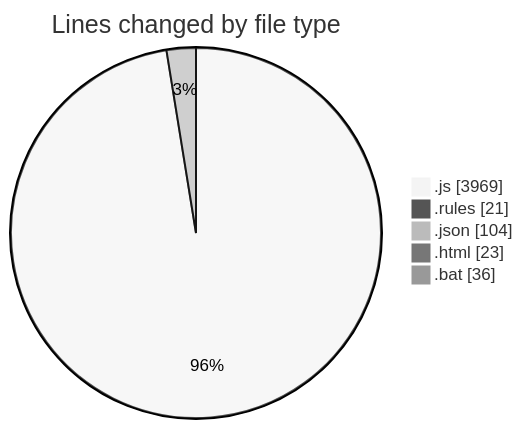
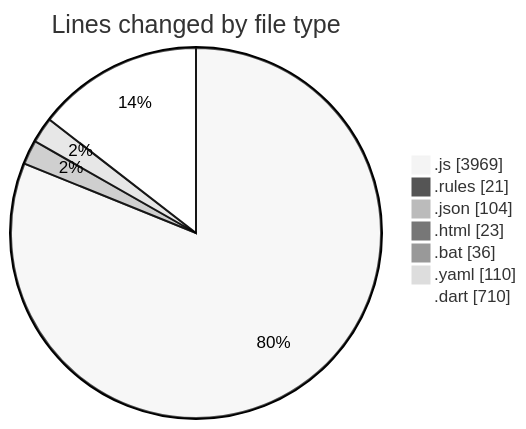
The first of 2 diagrams in 2025-09-01/20m/README.md (lephambinh05/code-tracking), drawn with Mermaid (neutral theme) before and after one commit. The commit also changed other lines of this file and 1 other file, not shown here.

````diff
--- a/2025-09-01/20m/README.md
+++ b/2025-09-01/20m/README.md
@@ -46,9 +52,11 @@
 ```mermaid
 pie showData
 title Lines changed by file type
 ".js" : 3969
 ".rules" : 21
 ".json" : 104
 ".html" : 23
 ".bat" : 36
+".yaml" : 110
+".dart" : 710
 ```
````
